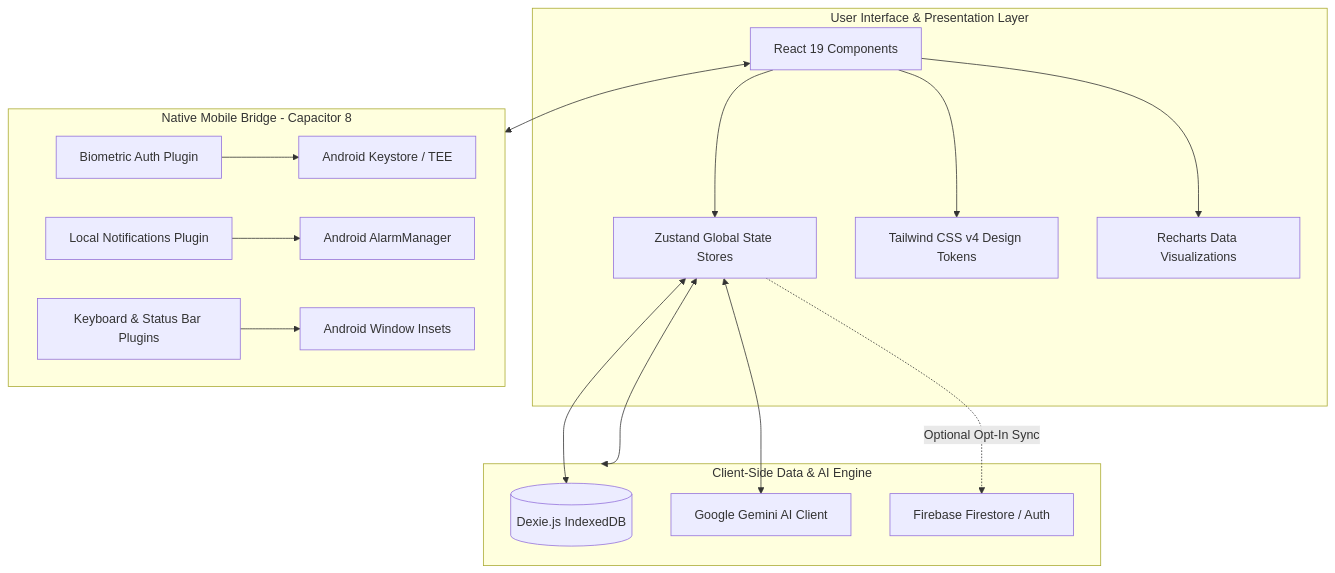
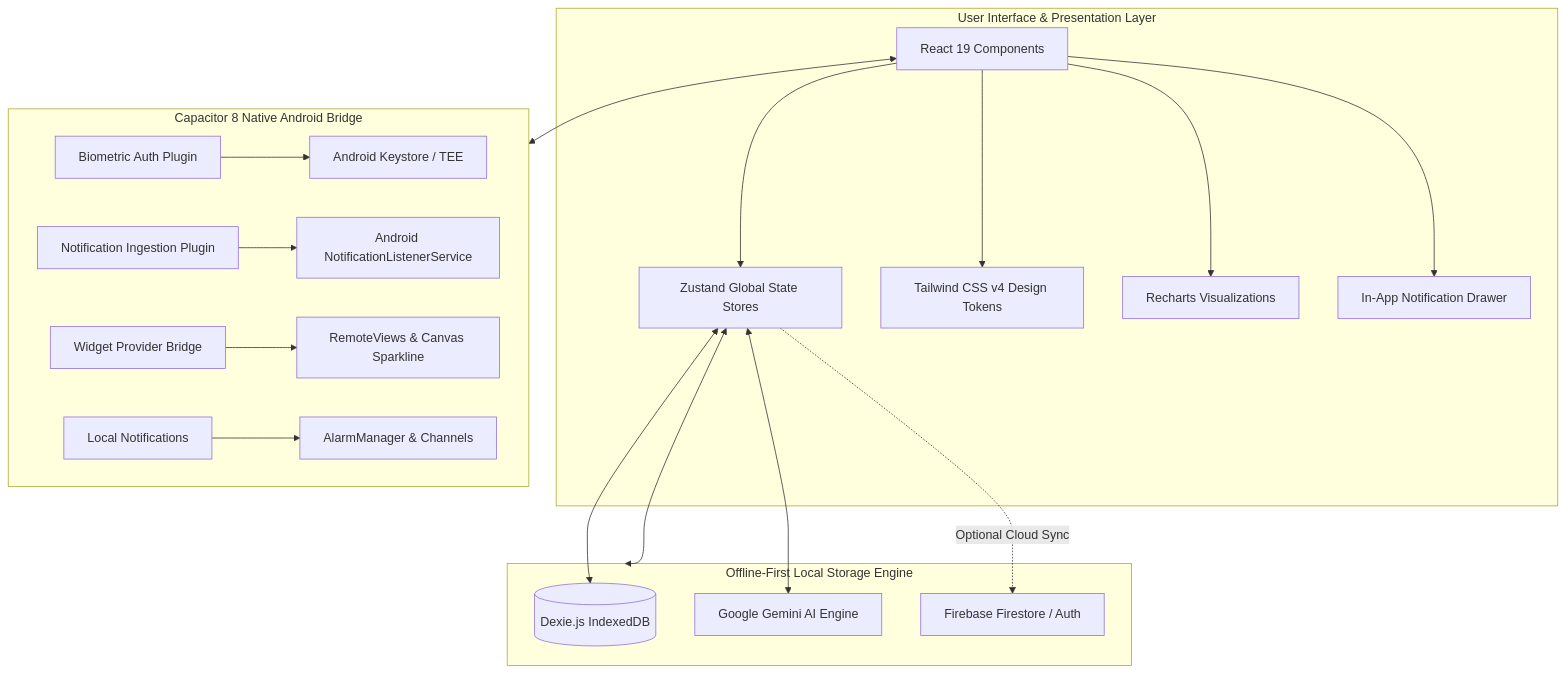
Before and after one commit to Flynarch/finansial-tracker: the diagram in README.md, drawn with Mermaid. The commit also changed other lines of this file and 178 other files, not shown here.

````diff
--- a/README.md
+++ b/README.md
@@ -135,23 +176,25 @@
 ```mermaid
-graph TD
+flowchart TD
     subgraph UI_Layer [User Interface & Presentation Layer]
         A[React 19 Components] --> B[Zustand Global State Stores]
         A --> C[Tailwind CSS v4 Design Tokens]
-        A --> D[Recharts Data Visualizations]
+        A --> D[Recharts Visualizations]
+        A --> E[In-App Notification Drawer]
     end
 
-    subgraph Native_Bridge [Native Mobile Bridge - Capacitor 8]
-        E[Biometric Auth Plugin] --> K[Android Keystore / TEE]
-        F[Local Notifications Plugin] --> L[Android AlarmManager]
-        G[Keyboard & Status Bar Plugins] --> M[Android Window Insets]
+    subgraph Native_Layer [Capacitor 8 Native Android Bridge]
+        F[Biometric Auth Plugin] --> K[Android Keystore / TEE]
+        G[Notification Ingestion Plugin] --> L[Android NotificationListenerService]
+        H[Widget Provider Bridge] --> M[RemoteViews & Canvas Sparkline]
+        I[Local Notifications] --> N[AlarmManager & Channels]
     end
 
-    subgraph Core_Engine [Client-Side Data & AI Engine]
-        B <--> H[(Dexie.js IndexedDB)]
-        B <--> I[Google Gemini AI Client]
-        B -. Optional Opt-In Sync .-> J[Firebase Firestore / Auth]
+    subgraph Storage_Layer [Offline-First Local Storage Engine]
+        B <--> O[(Dexie.js IndexedDB)]
+        B <--> P[Google Gemini AI Engine]
+        B -. Optional Cloud Sync .-> Q[Firebase Firestore / Auth]
     end
 
-    A <--> Native_Bridge
-    B <--> Core_Engine
+    A <--> Native_Layer
+    B <--> Storage_Layer
 ```
````
